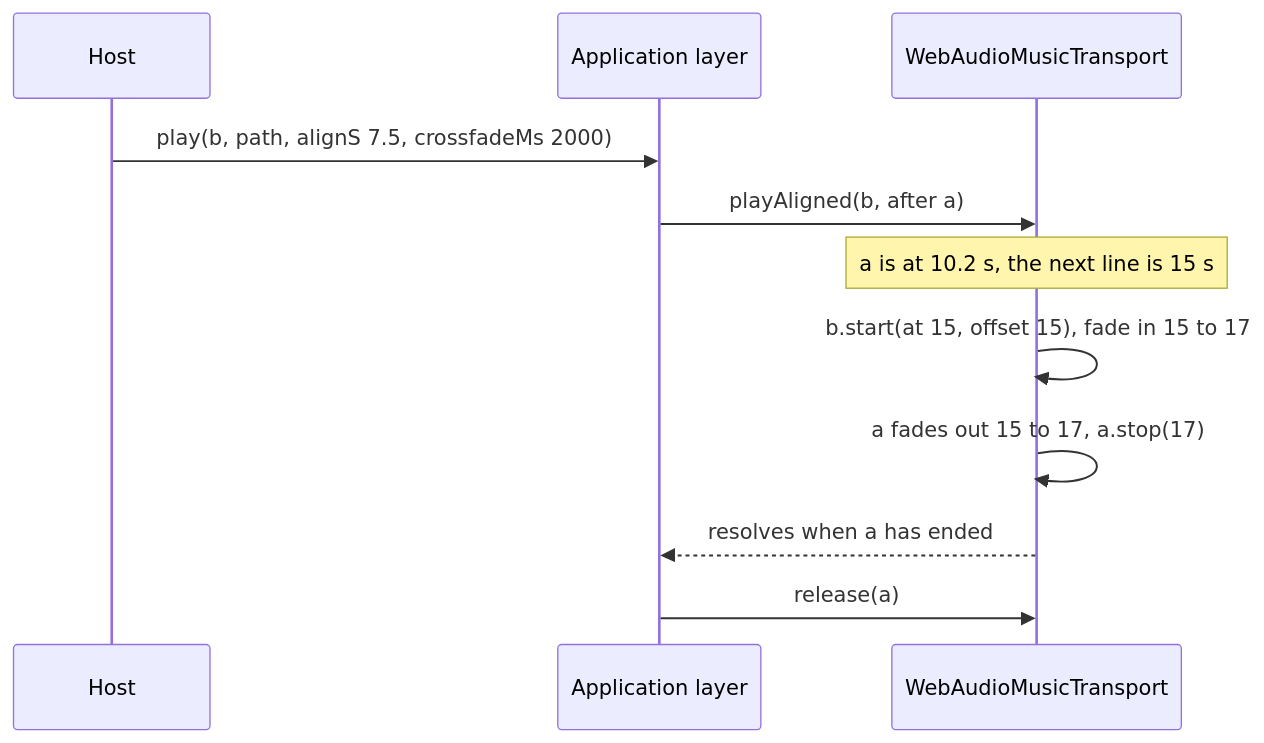
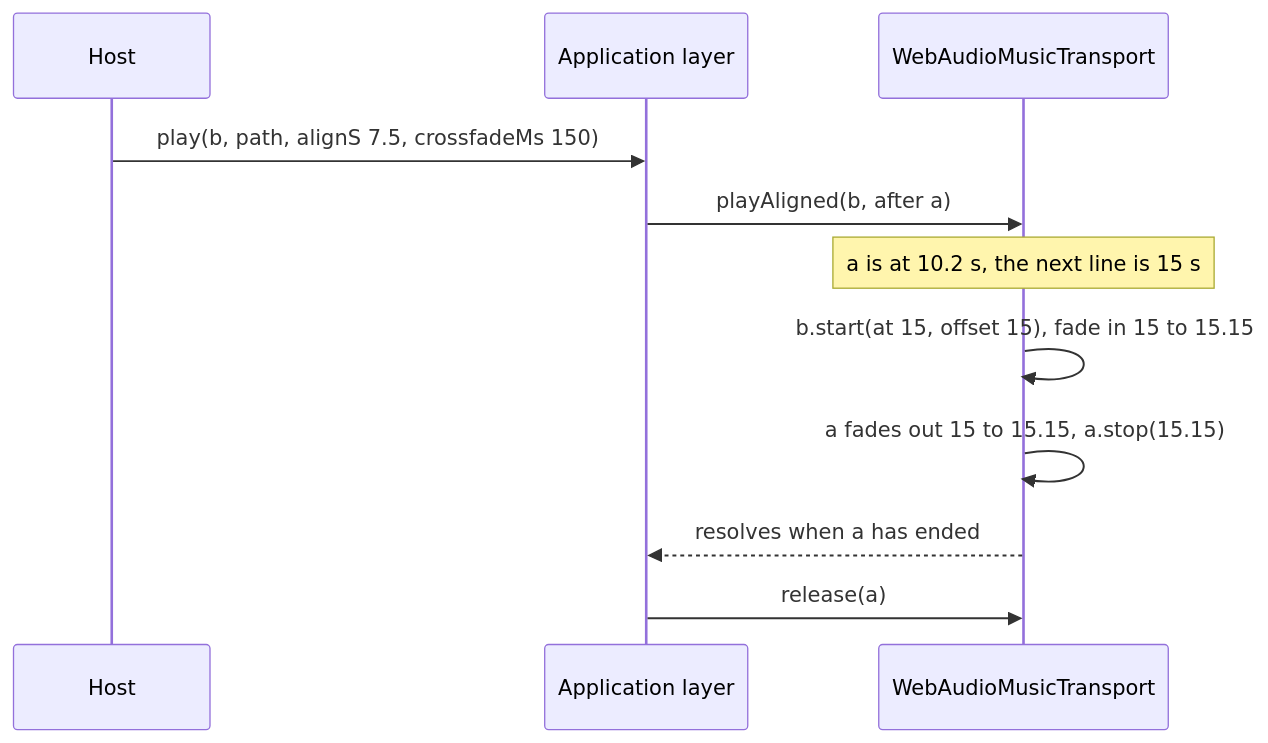
One commit to stefanodp91/obsidian-eclipse-audio-engine changed the diagram in packages/core/wiki/music-playback.md. Above: the diagram before and after it, drawn with Mermaid. The commit also changed other lines of this file and 2 other files, not shown here.

First line of the commit message:
docs(music): the change on the beat heard, and why its fade stays short

````diff
--- a/packages/core/wiki/music-playback.md
+++ b/packages/core/wiki/music-playback.md
@@ -124,13 +124,13 @@
 ```mermaid
 sequenceDiagram
     participant Host
     participant Engine as Application layer
     participant Transport as WebAudioMusicTransport
-    Host->>Engine: play(b, path, alignS 7.5, crossfadeMs 2000)
+    Host->>Engine: play(b, path, alignS 7.5, crossfadeMs 150)
     Engine->>Transport: playAligned(b, after a)
     Note over Transport: a is at 10.2 s, the next line is 15 s
-    Transport->>Transport: b.start(at 15, offset 15), fade in 15 to 17
-    Transport->>Transport: a fades out 15 to 17, a.stop(17)
+    Transport->>Transport: b.start(at 15, offset 15), fade in 15 to 15.15
+    Transport->>Transport: a fades out 15 to 15.15, a.stop(15.15)
     Transport-->>Engine: resolves when a has ended
     Engine->>Transport: release(a)
 ```
````
